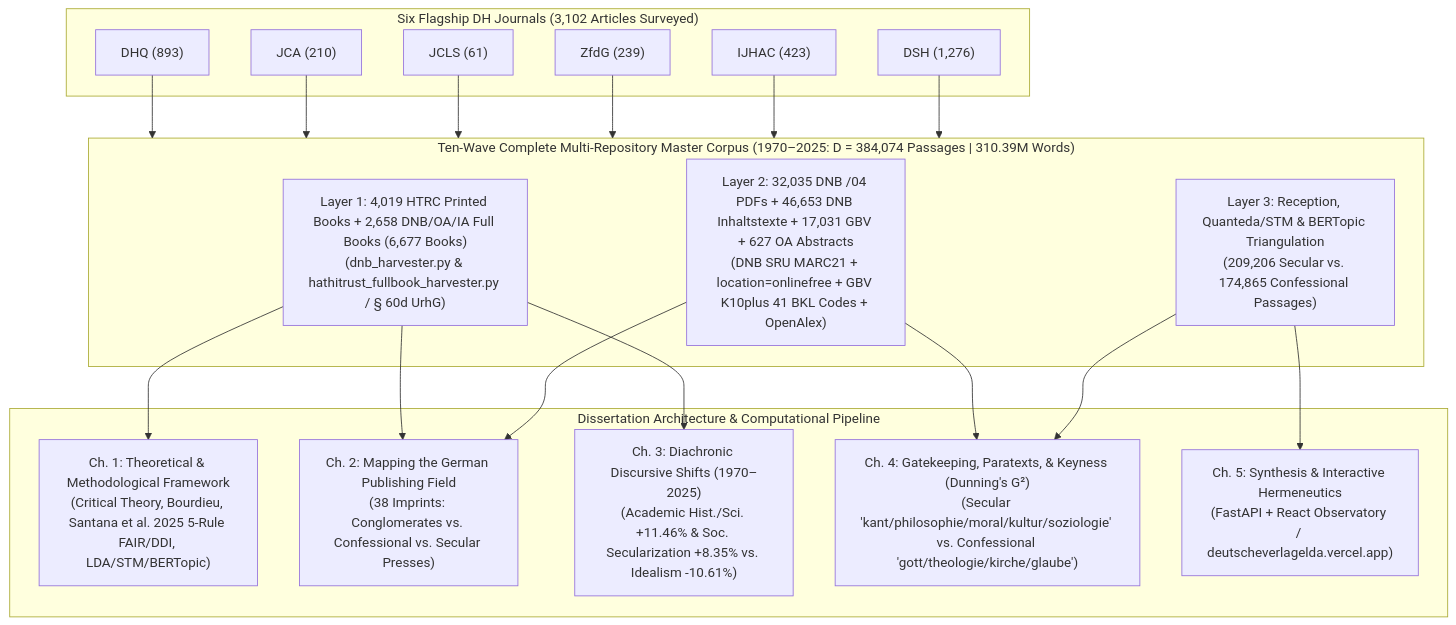
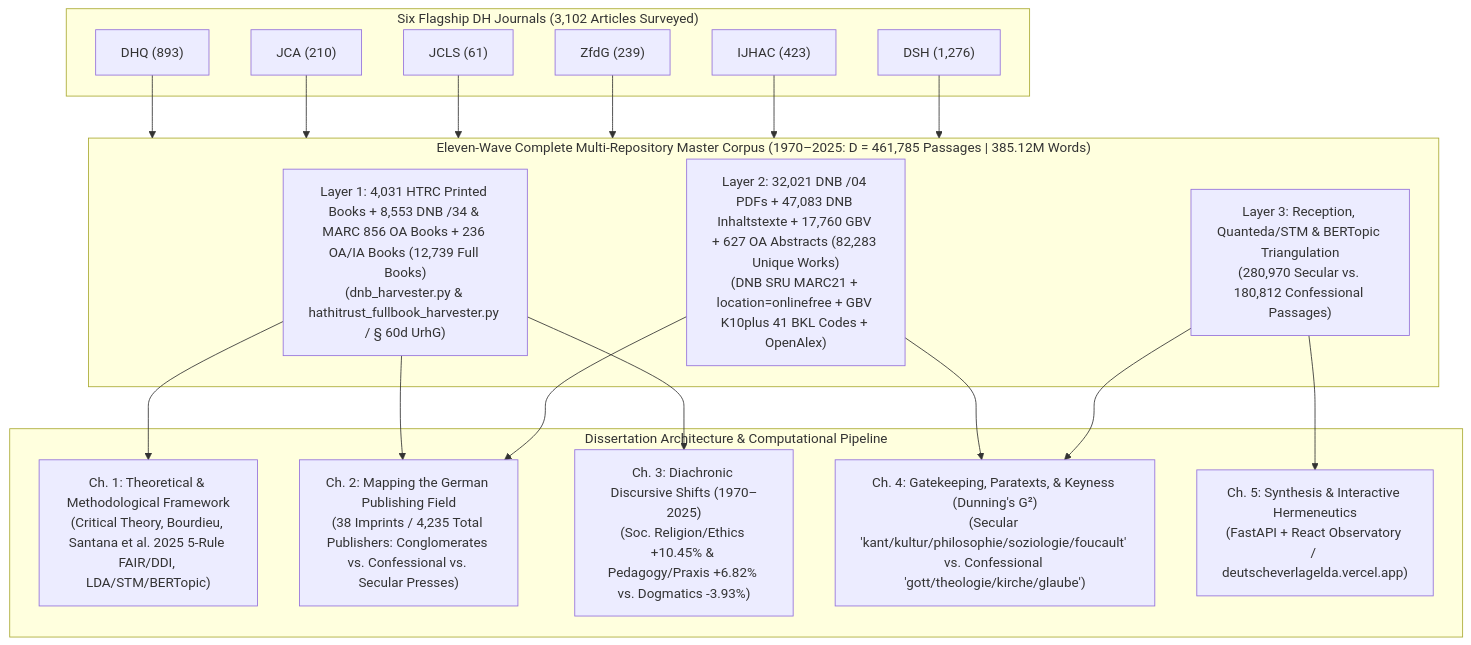
Before and after one commit to metachasm-beep/Deutsche-Verlage-LDA: the diagram in MASTER_DH_LITERATURE_REVIEW.md, drawn with Mermaid. The commit also changed other lines of this file and 20 other files, not shown here.

Commit message:
Wave 11: Exhaustive DNB Master Manifest (82,283 works / 12,739 full books), 3-model triangulation & docs

````diff
--- a/MASTER_DH_LITERATURE_REVIEW.md
+++ b/MASTER_DH_LITERATURE_REVIEW.md
@@ -23,30 +23,30 @@
 ```mermaid
 flowchart TD
     subgraph Journals["Six Flagship DH Journals (3,102 Articles Surveyed)"]
         DHQ["DHQ (893)"]
         JCA["JCA (210)"]
         JCLS["JCLS (61)"]
         ZFDG["ZfdG (239)"]
         IJHAC["IJHAC (423)"]
         DSH["DSH (1,276)"]
     end
 
-    subgraph Corpus["Ten-Wave Complete Multi-Repository Master Corpus (1970–2025: D = 384,074 Passages | 310.39M Words)"]
-        L1["Layer 1: 4,019 HTRC Printed Books + 2,658 DNB/OA/IA Full Books (6,677 Books)\n(dnb_harvester.py & hathitrust_fullbook_harvester.py / § 60d UrhG)"]
-        L2["Layer 2: 32,035 DNB /04 PDFs + 46,653 DNB Inhaltstexte + 17,031 GBV + 627 OA Abstracts\n(DNB SRU MARC21 + location=onlinefree + GBV K10plus 41 BKL Codes + OpenAlex)"]
-        L3["Layer 3: Reception, Quanteda/STM & BERTopic Triangulation\n(209,206 Secular vs. 174,865 Confessional Passages)"]
+    subgraph Corpus["Eleven-Wave Complete Multi-Repository Master Corpus (1970–2025: D = 461,785 Passages | 385.12M Words)"]
+        L1["Layer 1: 4,031 HTRC Printed Books + 8,553 DNB /34 & MARC 856 OA Books + 236 OA/IA Books (12,739 Full Books)\n(dnb_harvester.py & hathitrust_fullbook_harvester.py / § 60d UrhG)"]
+        L2["Layer 2: 32,021 DNB /04 PDFs + 47,083 DNB Inhaltstexte + 17,760 GBV + 627 OA Abstracts (82,283 Unique Works)\n(DNB SRU MARC21 + location=onlinefree + GBV K10plus 41 BKL Codes + OpenAlex)"]
+        L3["Layer 3: Reception, Quanteda/STM & BERTopic Triangulation\n(280,970 Secular vs. 180,812 Confessional Passages)"]
     end
 
     subgraph Chapters["Dissertation Architecture & Computational Pipeline"]
         C1["Ch. 1: Theoretical & Methodological Framework\n(Critical Theory, Bourdieu, Santana et al. 2025 5-Rule FAIR/DDI, LDA/STM/BERTopic)"]
-        C2["Ch. 2: Mapping the German Publishing Field\n(38 Imprints: Conglomerates vs. Confessional vs. Secular Presses)"]
-        C3["Ch. 3: Diachronic Discursive Shifts (1970–2025)\n(Academic Hist./Sci. +11.46% & Soc. Secularization +8.35% vs. Idealism -10.61%)"]
-        C4["Ch. 4: Gatekeeping, Paratexts, & Keyness (Dunning's G²)\n(Secular 'kant/philosophie/moral/kultur/soziologie' vs. Confessional 'gott/theologie/kirche/glaube')"]
+        C2["Ch. 2: Mapping the German Publishing Field\n(38 Imprints / 4,235 Total Publishers: Conglomerates vs. Confessional vs. Secular Presses)"]
+        C3["Ch. 3: Diachronic Discursive Shifts (1970–2025)\n(Soc. Religion/Ethics +10.45% & Pedagogy/Praxis +6.82% vs. Dogmatics -3.93%)"]
+        C4["Ch. 4: Gatekeeping, Paratexts, & Keyness (Dunning's G²)\n(Secular 'kant/kultur/philosophie/soziologie/foucault' vs. Confessional 'gott/theologie/kirche/glaube')"]
         C5["Ch. 5: Synthesis & Interactive Hermeneutics\n(FastAPI + React Observatory / deutscheverlagelda.vercel.app)"]
     end
 
     DHQ & JCA & JCLS & ZFDG & IJHAC & DSH --> Corpus
     L1 --> C1 & C2 & C3
     L2 --> C2 & C4
     L3 --> C4 & C5
 ```
````
